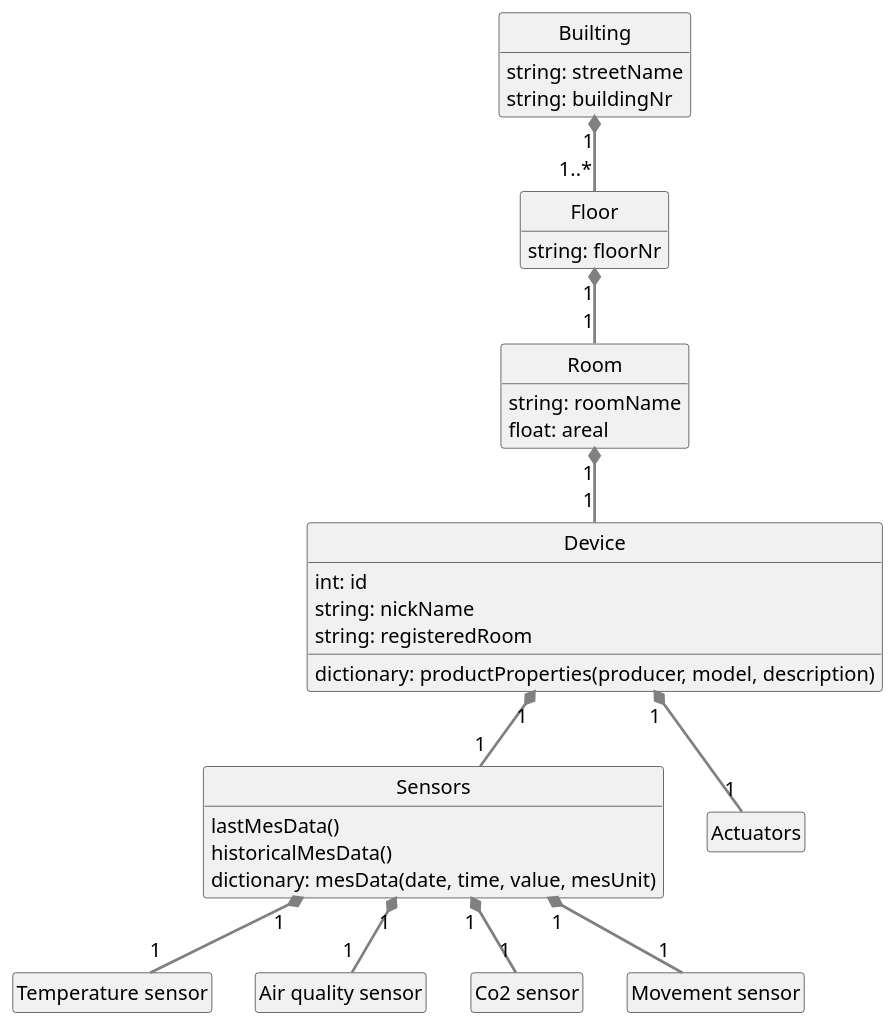
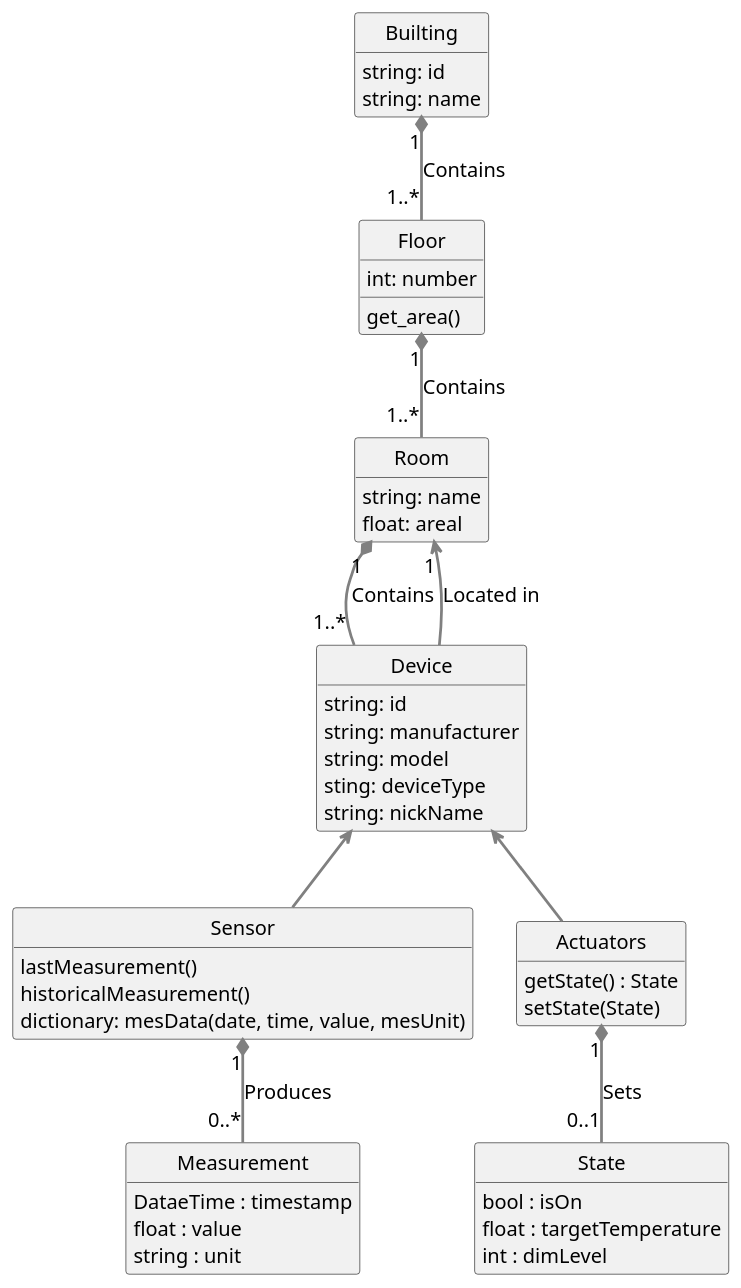
The diagram in domain.plantuml (Eivindma/ing301_project_v26_gruppe_9), drawn with PlantUML before and after one commit. The commit also changed 1 other file, not shown here.

```diff
--- a/domain.plantuml
+++ b/domain.plantuml
@@ -1,77 +1,77 @@
 @startuml Domain
 skinparam style strictuml
 skinparam DefaultFontName Arial
 skinparam DefaultFontSize 16
 skinparam DefaultFontStyle bold
 skinparam ArrowThickness 2.2
 skinparam ArrowColor #gray
 hide empty members
 
 
 class "Builting" as building {
-string: streetName
-string: buildingNr
+string: id
+string: name
 }
 
 class "Floor" as floor {
-string: floorNr
+int: number
+get_area()
 
 }
 
 class "Room" as room {
-string: roomName
+string: name
 float: areal
 }
 
 class "Device" as device {
-int: id
-dictionary: productProperties(producer, model, description)
+string: id
+string: manufacturer
+string: model
+sting: deviceType
 string: nickName
-string: registeredRoom
 }
 
-class "Sensors" as sensor {
-lastMesData()
-historicalMesData()
+class "Sensor" as sensor {
+lastMeasurement()
+historicalMeasurement()
 dictionary: mesData(date, time, value, mesUnit)
 }
 
 Class "Actuators" as actuator {
-
+getState() : State
+setState(State)
 }
 
-class "Temperature sensor" as temp_sensor {
-
+Class "Measurement" as meas {
+DataeTime : timestamp
+float : value
+string : unit
 }
 
-class "Air quality sensor" as aq_sensor{
-
+Class "State" as state {
+bool : isOn
+float : targetTemperature
+int : dimLevel
 }
 
-class "Co2 sensor" as co2_sensor{
 
-}
+building "1" *-- "1..*" floor : Contains
 
-class "Movement sensor" as movement_sensor {
+floor "1" *-- "1..*" room  : Contains
 
-} 
+room "1" *-- "1..*" device : Contains
 
-building "1" *-- "1..*" floor 
+room "1" <--  device : Located in
 
-floor "1" *-- "1" room 
+device  <--  sensor 
 
-room "1" *-- "1" device 
+device  <--  actuator 
 
-device "1" *-- "1" sensor 
+sensor "1" *-- "0..*" meas : Produces
 
-device "1" *-- "1" actuator 
+actuator "1" *-- "0..1" state : Sets
 
-sensor "1" *-- "1" temp_sensor 
 
-sensor "1" *-- "1" aq_sensor 
-
-sensor "1" *-- "1" co2_sensor 
-
-sensor "1" *-- "1" movement_sensor 
 
 @enduml
```
